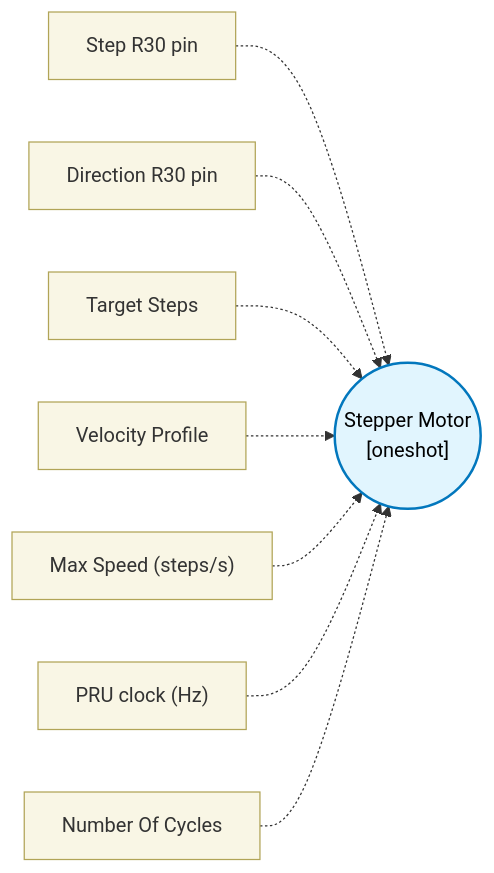
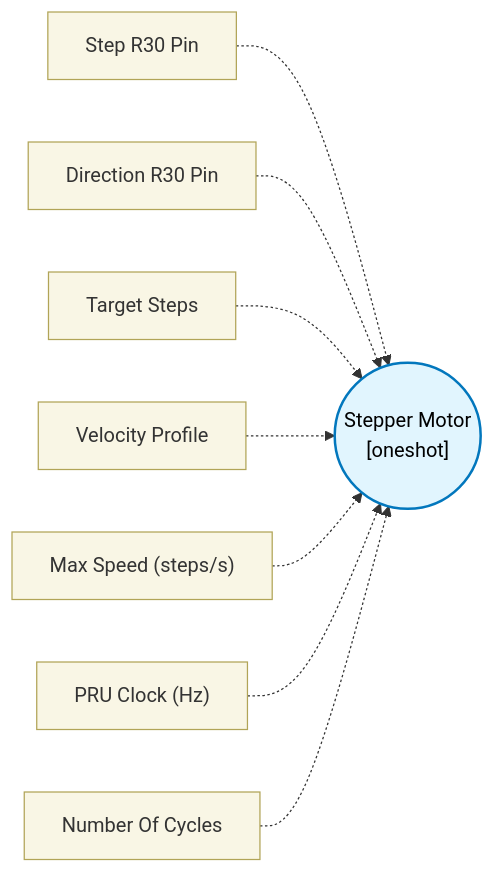
The diagram in docs/block-reference/blocks/stepper_block/design.md (TexasInstruments/pru-no-code-tool), drawn with Mermaid before and after one commit. The commit also changed other lines of this file and 89 other files, not shown here.

````diff
--- a/docs/block-reference/blocks/stepper_block/design.md
+++ b/docs/block-reference/blocks/stepper_block/design.md
@@ -11,13 +11,13 @@
 ```mermaid
 flowchart LR
   classDef config fill:#f9f6e5,stroke:#b1a457,stroke-width:1px,color:#333;
   classDef core fill:#e1f5fe,stroke:#0277bd,stroke-width:2px,color:#000;
   CORE(("Stepper Motor\n[oneshot]")):::core
-  CFG0["Step R30 pin"]:::config -.-> CORE
-  CFG1["Direction R30 pin"]:::config -.-> CORE
+  CFG0["Step R30 Pin"]:::config -.-> CORE
+  CFG1["Direction R30 Pin"]:::config -.-> CORE
   CFG2["Target Steps"]:::config -.-> CORE
   CFG3["Velocity Profile"]:::config -.-> CORE
   CFG4["Max Speed (steps/s)"]:::config -.-> CORE
-  CFG5["PRU clock (Hz)"]:::config -.-> CORE
+  CFG5["PRU Clock (Hz)"]:::config -.-> CORE
   CFG6["Number Of Cycles"]:::config -.-> CORE
 ```
````
